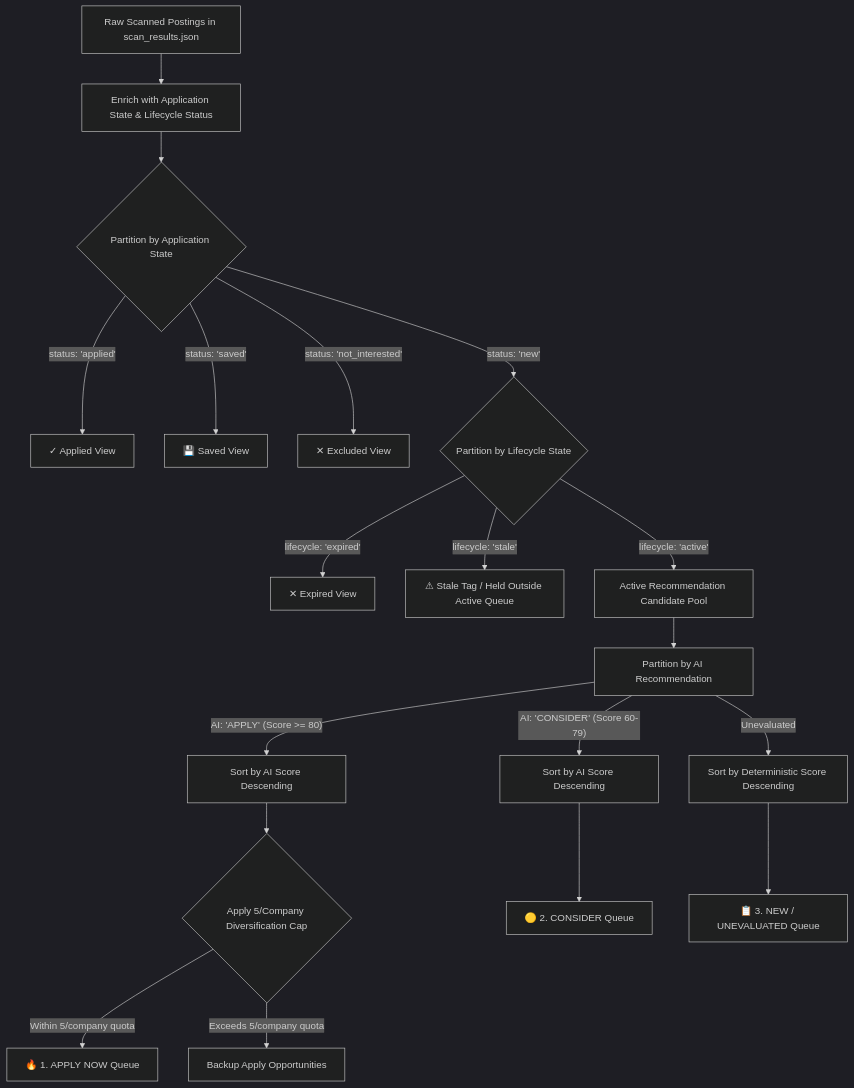
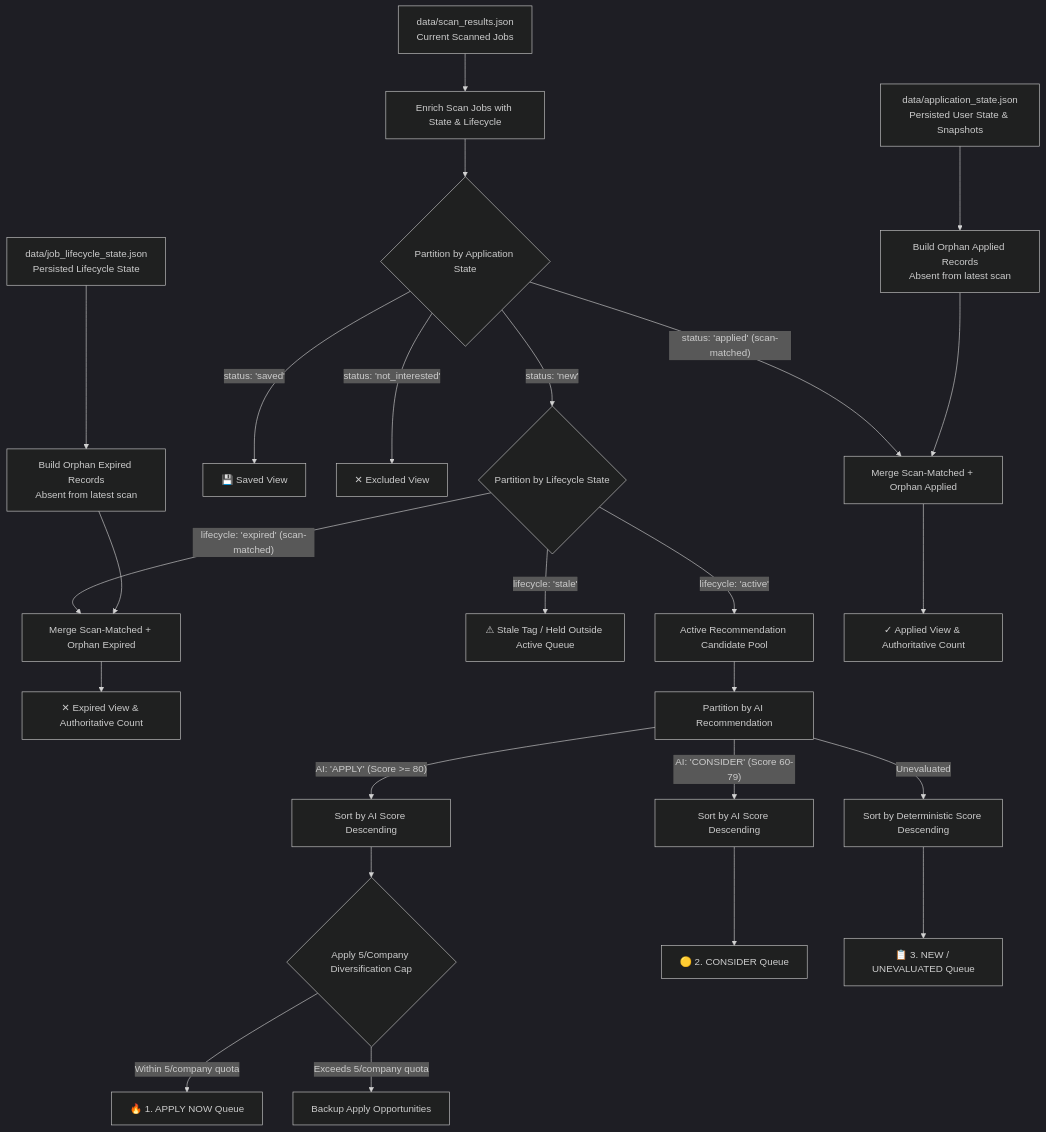
The third of 5 diagrams in docs/data-flow.md (Penguin-12/career-ops-india), drawn with Mermaid (dark theme) before and after one commit. The commit also changed other lines of this file and 12 other files, not shown here.

````diff
--- a/docs/data-flow.md
+++ b/docs/data-flow.md
@@ -94,26 +94,34 @@
 ```mermaid
 flowchart TD
-    A[Raw Scanned Postings in scan_results.json] --> B[Enrich with Application State & Lifecycle Status]
+    ScanData[data/scan_results.json<br/>Current Scanned Jobs] --> Enrich[Enrich Scan Jobs with State & Lifecycle]
     
-    B --> C{Partition by Application State}
-    C -- status: 'applied' --> TabApplied[✓ Applied View]
-    C -- status: 'saved' --> TabSaved[💾 Saved View]
-    C -- status: 'not_interested' --> TabExcluded[✕ Excluded View]
-    C -- status: 'new' --> D{Partition by Lifecycle State}
+    Enrich --> PartState{Partition by Application State}
+    PartState -- status: 'applied' (scan-matched) --> AppliedMerge
+    PartState -- status: 'saved' --> TabSaved[💾 Saved View]
+    PartState -- status: 'not_interested' --> TabExcluded[✕ Excluded View]
+    PartState -- status: 'new' --> PartLife{Partition by Lifecycle State}
     
-    D -- lifecycle: 'expired' --> TabExpired[✕ Expired View]
-    D -- lifecycle: 'stale' --> TabStale[⚠ Stale Tag / Held Outside Active Queue]
-    D -- lifecycle: 'active' --> E[Active Recommendation Candidate Pool]
+    PartLife -- lifecycle: 'expired' (scan-matched) --> ExpiredMerge
+    PartLife -- lifecycle: 'stale' --> TabStale[⚠ Stale Tag / Held Outside Active Queue]
+    PartLife -- lifecycle: 'active' --> Pool[Active Recommendation Candidate Pool]
     
-    E --> F[Partition by AI Recommendation]
-    F -- AI: 'APPLY' (Score >= 80) --> G[Sort by AI Score Descending]
-    F -- AI: 'CONSIDER' (Score 60-79) --> H[Sort by AI Score Descending]
-    F -- Unevaluated --> I[Sort by Deterministic Score Descending]
+    AppState[data/application_state.json<br/>Persisted User State & Snapshots] --> OrphanApplied[Build Orphan Applied Records<br/>Absent from latest scan]
+    OrphanApplied --> AppliedMerge[Merge Scan-Matched + Orphan Applied]
+    AppliedMerge --> TabApplied[✓ Applied View & Authoritative Count]
     
-    G --> DivApply{Apply 5/Company Diversification Cap}
+    LifeState[data/job_lifecycle_state.json<br/>Persisted Lifecycle State] --> OrphanExpired[Build Orphan Expired Records<br/>Absent from latest scan]
+    OrphanExpired --> ExpiredMerge[Merge Scan-Matched + Orphan Expired]
+    ExpiredMerge --> TabExpired[✕ Expired View & Authoritative Count]
+
+    Pool --> PartAI[Partition by AI Recommendation]
+    PartAI -- AI: 'APPLY' (Score >= 80) --> SortApply[Sort by AI Score Descending]
+    PartAI -- AI: 'CONSIDER' (Score 60-79) --> SortConsider[Sort by AI Score Descending]
+    PartAI -- Unevaluated --> SortNew[Sort by Deterministic Score Descending]
+    
+    SortApply --> DivApply{Apply 5/Company Diversification Cap}
     DivApply -- Within 5/company quota --> QueueApply[🔥 1. APPLY NOW Queue]
     DivApply -- Exceeds 5/company quota --> QueueApplyOverflow[Backup Apply Opportunities]
     
-    H --> QueueConsider[🟡 2. CONSIDER Queue]
-    I --> QueueNew[📋 3. NEW / UNEVALUATED Queue]
+    SortConsider --> QueueConsider[🟡 2. CONSIDER Queue]
+    SortNew --> QueueNew[📋 3. NEW / UNEVALUATED Queue]
 ```
````
